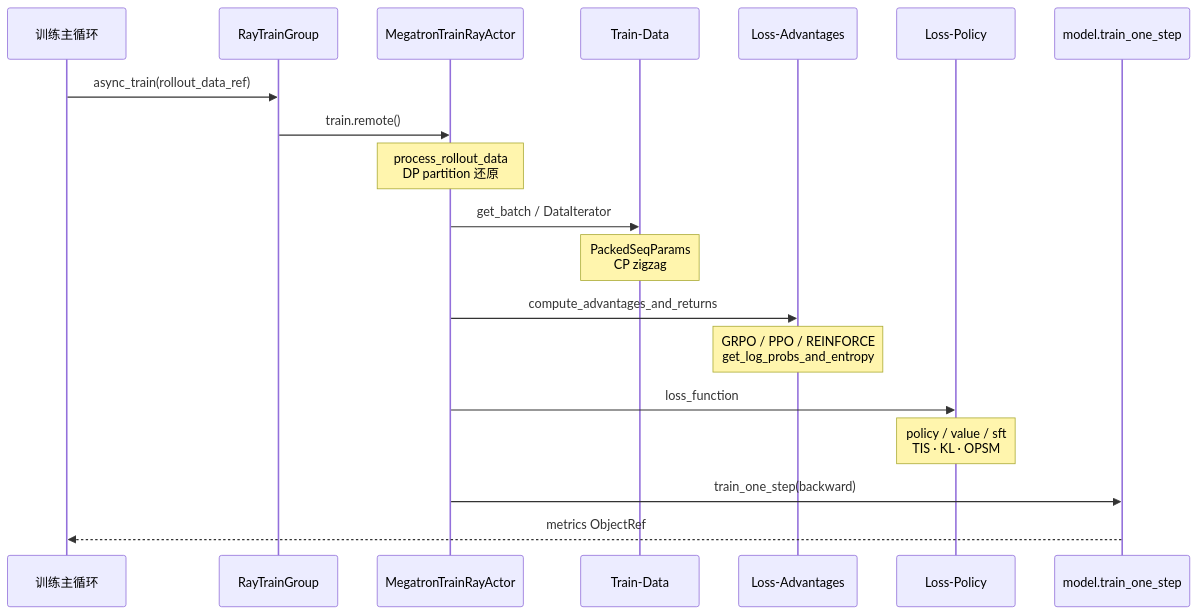
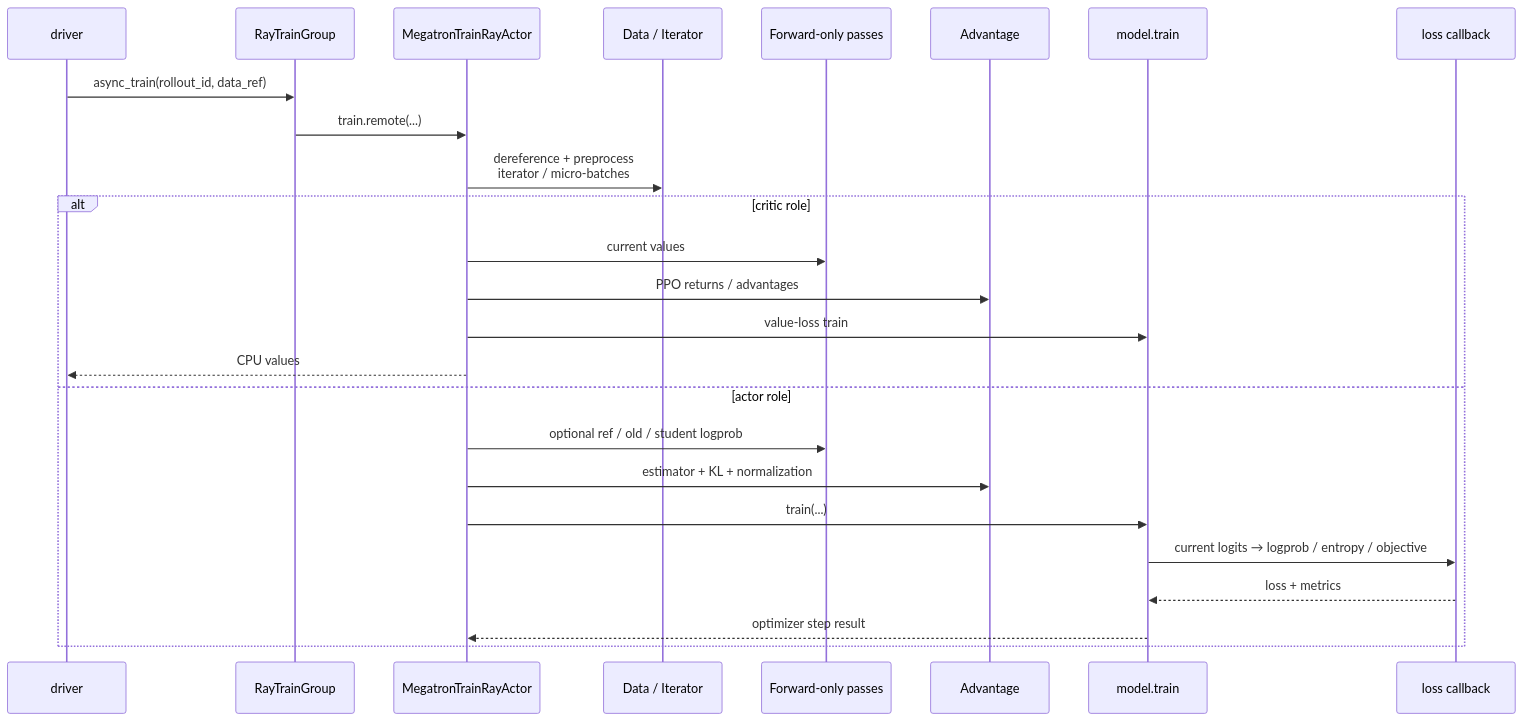
One commit to OnlyHero5/sglang-reading-vault changed the diagram in slime_reading/训练后端/Slime-训练后端.md. Above: the diagram before and after it, drawn with Mermaid. The commit also changed other lines of this file and 512 other files, not shown here.

````diff
--- a/slime_reading/训练后端/Slime-训练后端.md
+++ b/slime_reading/训练后端/Slime-训练后端.md
@@ -43,22 +26,28 @@
 ```mermaid
 sequenceDiagram
- participant TR as 训练主循环
- participant RTG as RayTrainGroup
- participant ACT as MegatronTrainRayActor
- participant TD as Train-Data
- participant LA as Loss-Advantages
- participant LP as Loss-Policy
- participant MT as model.train_one_step
+    participant DR as driver
+    participant RG as RayTrainGroup
+    participant A as MegatronTrainRayActor
+    participant D as Data / Iterator
+    participant F as Forward-only passes
+    participant ADV as Advantage
+    participant M as model.train
+    participant LOSS as loss callback
 
- TR->>RTG: async_train(rollout_data_ref)
- RTG->>ACT: train.remote()
- Note over ACT: process_rollout_data<br/>DP partition 还原
- ACT->>TD: get_batch / DataIterator
- Note over TD: PackedSeqParams<br/>CP zigzag
- ACT->>LA: compute_advantages_and_returns
- Note over LA: GRPO / PPO / REINFORCE<br/>get_log_probs_and_entropy
- ACT->>LP: loss_function
- Note over LP: policy / value / sft<br/>TIS · KL · OPSM
- ACT->>MT: train_one_step(backward)
- MT-->>TR: metrics ObjectRef
+    DR->>RG: async_train(rollout_id, data_ref)
+    RG->>A: train.remote(...)
+    A->>D: dereference + preprocess<br/>iterator / micro-batches
+    alt critic role
+        A->>F: current values
+        A->>ADV: PPO returns / advantages
+        A->>M: value-loss train
+        A-->>DR: CPU values
+    else actor role
+        A->>F: optional ref / old / student logprob
+        A->>ADV: estimator + KL + normalization
+        A->>M: train(...)
+        M->>LOSS: current logits → logprob / entropy / objective
+        LOSS-->>M: loss + metrics
+        M-->>A: optimizer step result
+    end
 ```
````
